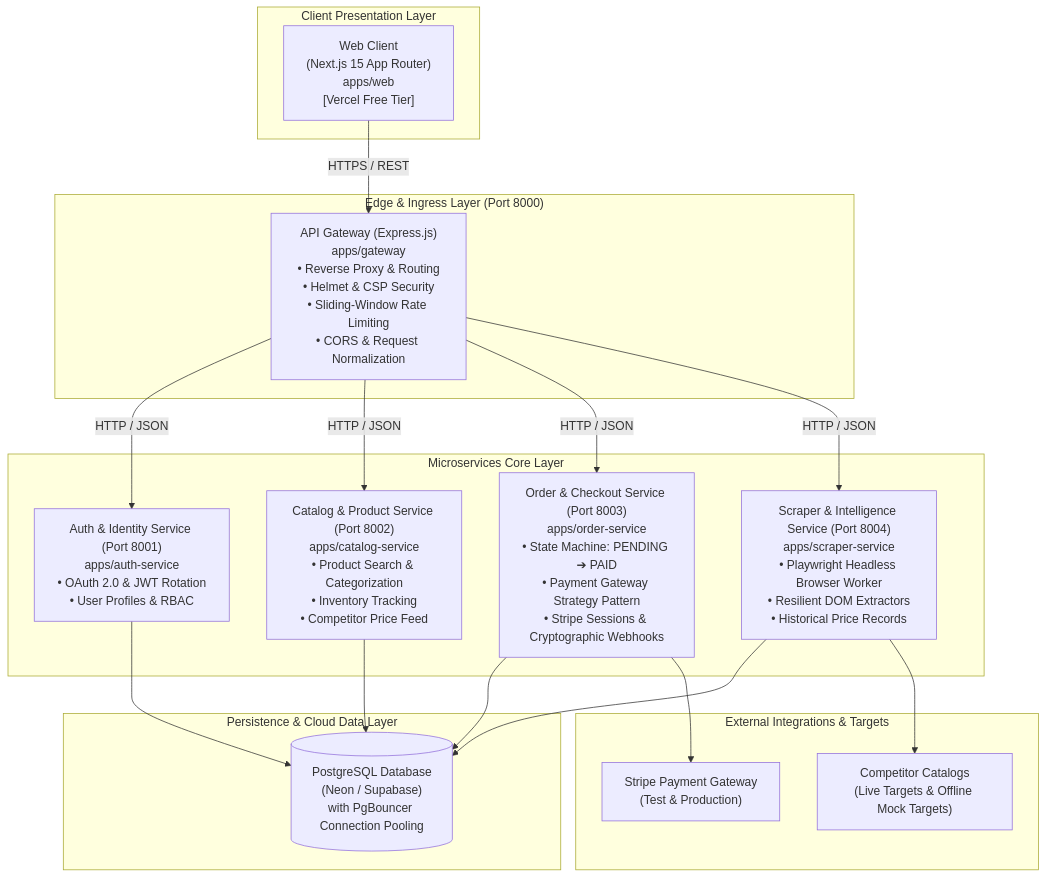
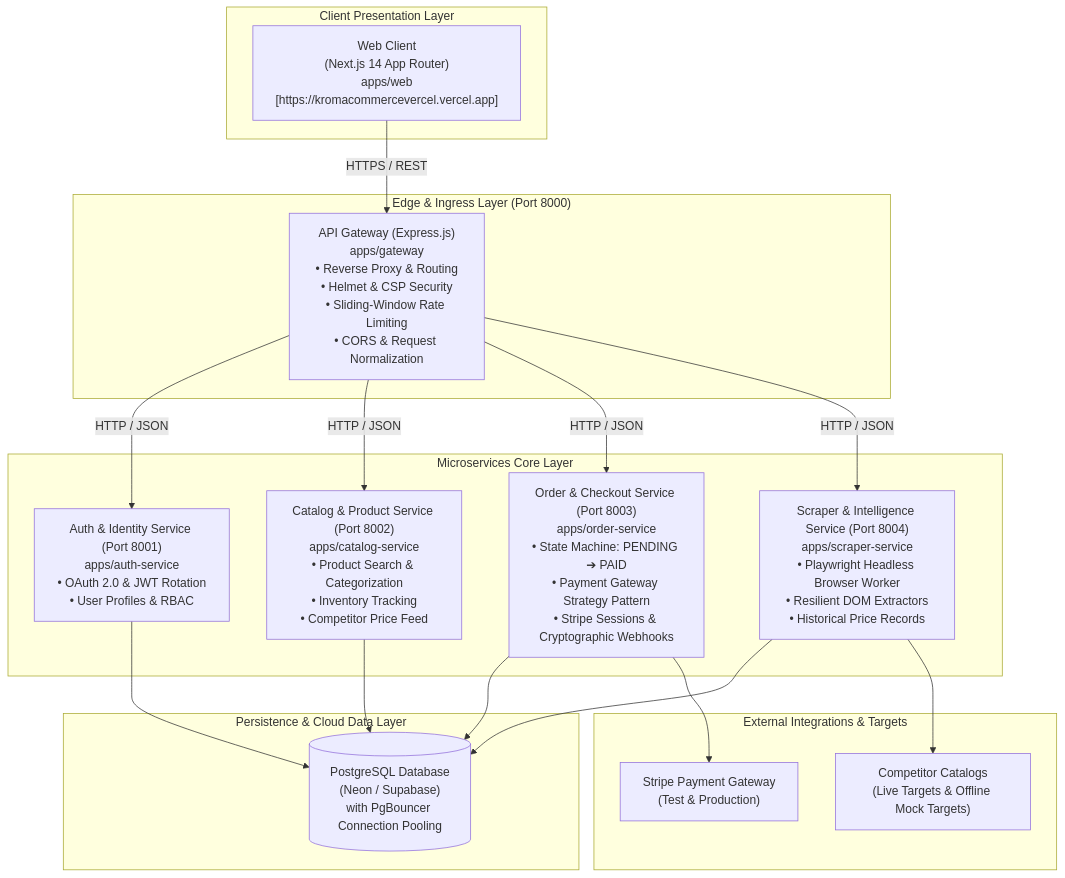
Before and after one commit to omor-niloy/KromaCommerce: the diagram in docs/architecture.md, drawn with Mermaid. The commit also changed 2 other files, not shown here.

Commit message:
docs: finalize production deployment links, demo credentials

````diff
--- a/docs/architecture.md
+++ b/docs/architecture.md
@@ -11,39 +11,39 @@
 ```mermaid
 flowchart TD
     subgraph ClientLayer ["Client Presentation Layer"]
-        WebClient["Web Client\n(Next.js 15 App Router)\napps/web\n[Vercel Free Tier]"]
+        WebClient["Web Client\n(Next.js 14 App Router)\napps/web\n[https://kromacommercevercel.vercel.app]"]
     end
 
     subgraph GatewayLayer ["Edge & Ingress Layer (Port 8000)"]
         Gateway["API Gateway (Express.js)\napps/gateway\n• Reverse Proxy & Routing\n• Helmet & CSP Security\n• Sliding-Window Rate Limiting\n• CORS & Request Normalization"]
     end
 
     subgraph ServiceLayer ["Microservices Core Layer"]
         AuthSvc["Auth & Identity Service (Port 8001)\napps/auth-service\n• OAuth 2.0 & JWT Rotation\n• User Profiles & RBAC"]
         CatalogSvc["Catalog & Product Service (Port 8002)\napps/catalog-service\n• Product Search & Categorization\n• Inventory Tracking\n• Competitor Price Feed"]
         OrderSvc["Order & Checkout Service (Port 8003)\napps/order-service\n• State Machine: PENDING ➔ PAID\n• Payment Gateway Strategy Pattern\n• Stripe Sessions & Cryptographic Webhooks"]
         ScraperSvc["Scraper & Intelligence Service (Port 8004)\napps/scraper-service\n• Playwright Headless Browser Worker\n• Resilient DOM Extractors\n• Historical Price Records"]
     end
 
     subgraph DataLayer ["Persistence & Cloud Data Layer"]
         PostgresDB[("PostgreSQL Database\n(Neon / Supabase)\nwith PgBouncer Connection Pooling")]
     end
 
     subgraph ExternalServices ["External Integrations & Targets"]
         StripeAPI["Stripe Payment Gateway\n(Test & Production)"]
         Competitors["Competitor Catalogs\n(Live Targets & Offline Mock Targets)"]
     end
 
     WebClient -->|HTTPS / REST| Gateway
     Gateway -->|HTTP / JSON| AuthSvc
     Gateway -->|HTTP / JSON| CatalogSvc
     Gateway -->|HTTP / JSON| OrderSvc
     Gateway -->|HTTP / JSON| ScraperSvc
 
     AuthSvc --> PostgresDB
     CatalogSvc --> PostgresDB
     OrderSvc --> PostgresDB
     OrderSvc --> StripeAPI
     ScraperSvc --> PostgresDB
     ScraperSvc --> Competitors
 ```
````
